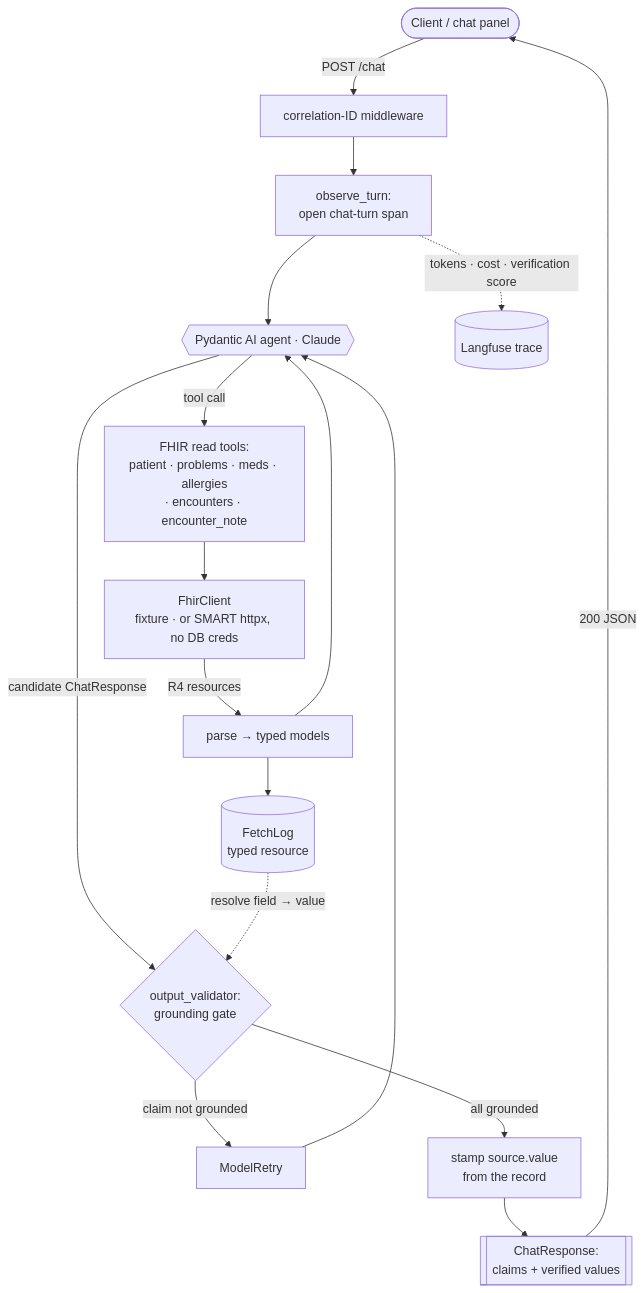
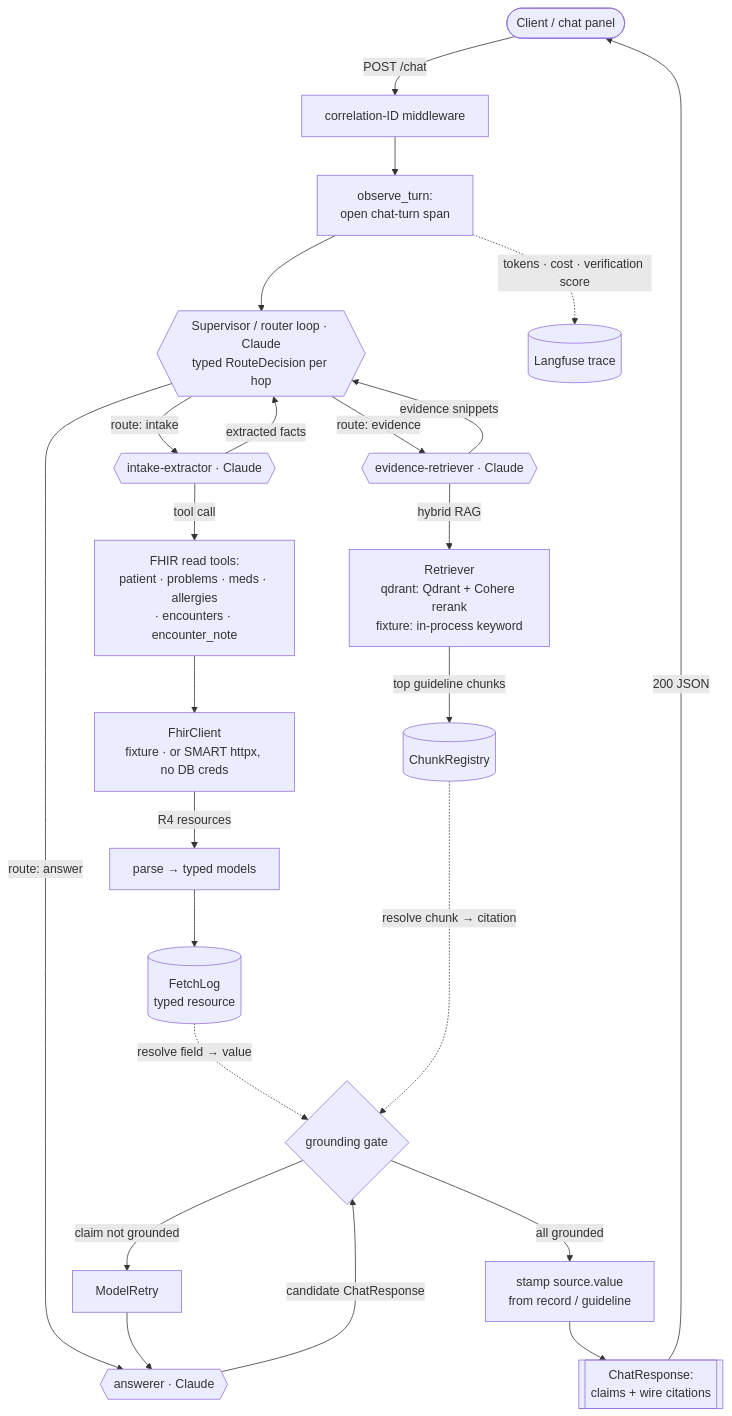
The diagram in agent/README.md (Josie29/openemr), drawn with Mermaid before and after one commit. The commit also changed other lines of this file and 121 other files, not shown here.

First line of the commit message:
feat: promote Week-2 multimodal evidence agent to prod (JOS-50/52/53/54/55/56/57/58) (#26)

````diff
--- a/agent/README.md
+++ b/agent/README.md
@@ -31,21 +43,30 @@
 ```mermaid
 flowchart TD
     client([Client / chat panel]) -->|POST /chat| cid[correlation-ID middleware]
     cid --> obs[observe_turn:<br/>open chat-turn span]
-    obs --> agent{{Pydantic AI agent · Claude}}
+    obs --> sup{{Supervisor / router loop · Claude<br/>typed RouteDecision per hop}}
 
-    agent -->|tool call| tool[FHIR read tools:<br/>patient · problems · meds · allergies<br/>· encounters · encounter_note]
+    sup -->|route: intake| intake{{intake-extractor · Claude}}
+    sup -->|route: evidence| evi{{evidence-retriever · Claude}}
+    sup -->|route: answer| ans{{answerer · Claude}}
+
+    intake -->|tool call| tool[FHIR read tools:<br/>patient · problems · meds · allergies<br/>· encounters · encounter_note]
     tool --> fhir[FhirClient<br/>fixture · or SMART httpx, no DB creds]
     fhir -->|R4 resources| parse[parse → typed models]
     parse --> flog[(FetchLog<br/>typed resource)]
-    parse --> agent
+    intake -->|extracted facts| sup
 
-    agent -->|candidate ChatResponse| gate{output_validator:<br/>grounding gate}
+    evi -->|hybrid RAG| retr[Retriever<br/>qdrant: Qdrant + Cohere rerank<br/>fixture: in-process keyword]
+    retr -->|top guideline chunks| chunks[(ChunkRegistry)]
+    evi -->|evidence snippets| sup
+
+    ans -->|candidate ChatResponse| gate{grounding gate}
     flog -. resolve field → value .-> gate
-    gate -->|claim not grounded| retry[ModelRetry] --> agent
-    gate -->|all grounded| stamp[stamp source.value<br/>from the record]
-    stamp --> resp[[ChatResponse:<br/>claims + verified values]]
+    chunks -. resolve chunk → citation .-> gate
+    gate -->|claim not grounded| retry[ModelRetry] --> ans
+    gate -->|all grounded| stamp[stamp source.value<br/>from record / guideline]
+    stamp --> resp[[ChatResponse:<br/>claims + wire citations]]
     resp -->|200 JSON| client
 
     obs -. tokens · cost · verification score .-> lf[(Langfuse trace)]
 ```
````
